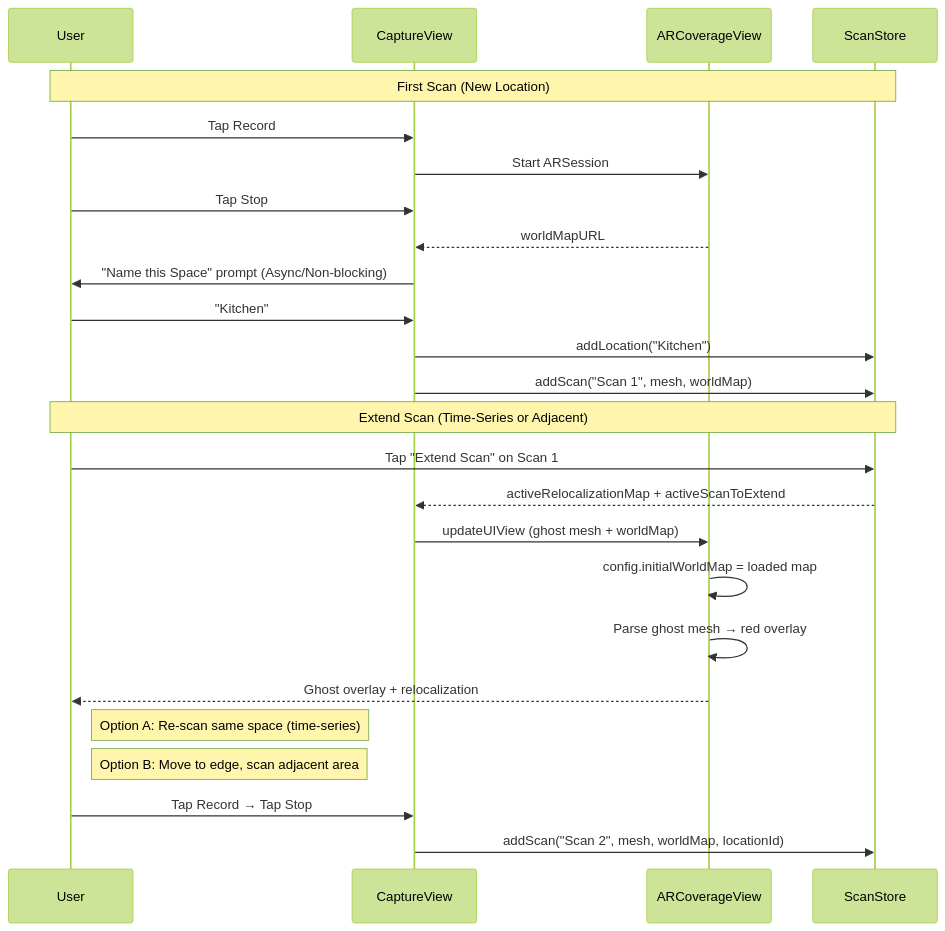
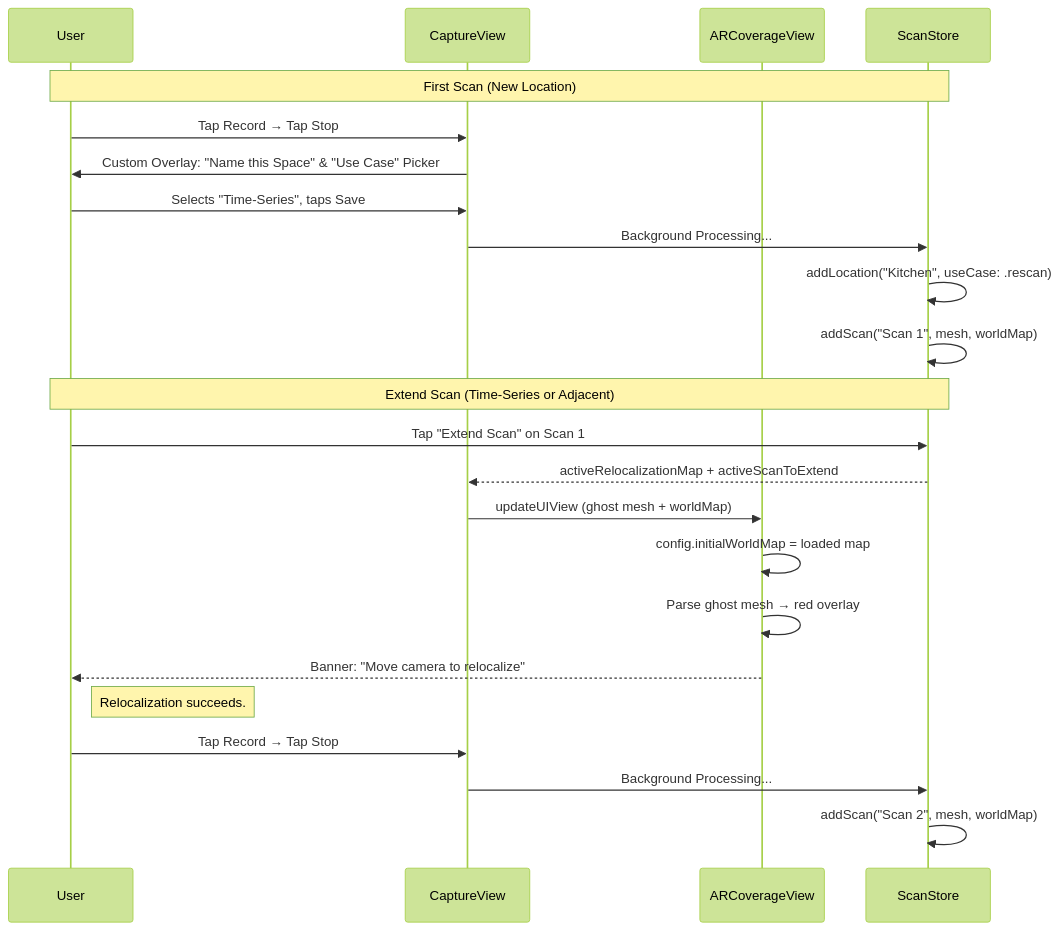
Before and after one commit to WiseLabCMU/wisescan-ios: the fourth of 6 diagrams in REQUIREMENTS.md, drawn with Mermaid (forest theme). The commit also changed other lines of this file and 1 other file, not shown here.

Commit message:
docs: update workflow docs to reflect recent UI and background processing features

````diff
--- a/REQUIREMENTS.md
+++ b/REQUIREMENTS.md
@@ -227,29 +224,27 @@
 ```mermaid
 sequenceDiagram
     participant U as User
     participant Cap as CaptureView
     participant AR as ARCoverageView
     participant SS as ScanStore
 
     Note over U,SS: First Scan (New Location)
-    U->>Cap: Tap Record
-    Cap->>AR: Start ARSession
-    U->>Cap: Tap Stop
-    AR-->>Cap: worldMapURL
-    Cap->>U: "Name this Space" prompt (Async/Non-blocking)
-    U->>Cap: "Kitchen"
-    Cap->>SS: addLocation("Kitchen")
-    Cap->>SS: addScan("Scan 1", mesh, worldMap)
+    U->>Cap: Tap Record → Tap Stop
+    Cap->>U: Custom Overlay: "Name this Space" & "Use Case" Picker
+    U->>Cap: Selects "Time-Series", taps Save
+    Cap->>SS: Background Processing...
+    SS->>SS: addLocation("Kitchen", useCase: .rescan)
+    SS->>SS: addScan("Scan 1", mesh, worldMap)
 
     Note over U,SS: Extend Scan (Time-Series or Adjacent)
     U->>SS: Tap "Extend Scan" on Scan 1
     SS-->>Cap: activeRelocalizationMap + activeScanToExtend
     Cap->>AR: updateUIView (ghost mesh + worldMap)
     AR->>AR: config.initialWorldMap = loaded map
     AR->>AR: Parse ghost mesh → red overlay
-    AR-->>U: Ghost overlay + relocalization
-    Note right of U: Option A: Re-scan same space (time-series)
-    Note right of U: Option B: Move to edge, scan adjacent area
+    AR-->>U: Banner: "Move camera to relocalize"
+    Note right of U: Relocalization succeeds.
     U->>Cap: Tap Record → Tap Stop
-    Cap->>SS: addScan("Scan 2", mesh, worldMap, locationId)
+    Cap->>SS: Background Processing...
+    SS->>SS: addScan("Scan 2", mesh, worldMap)
 ```
````
